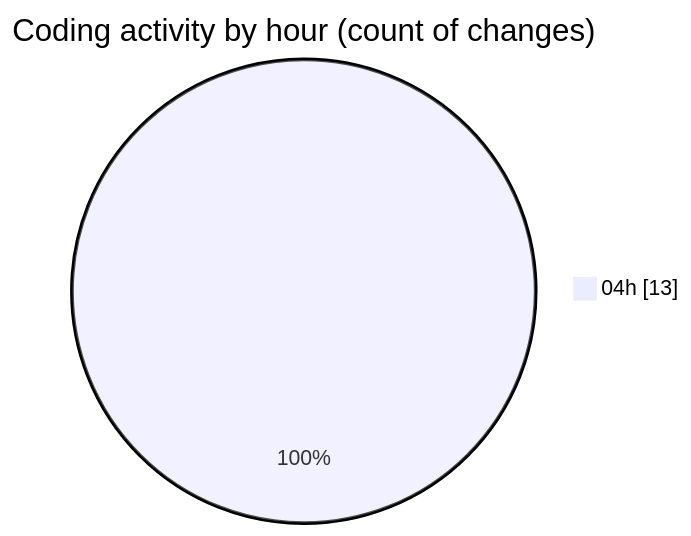
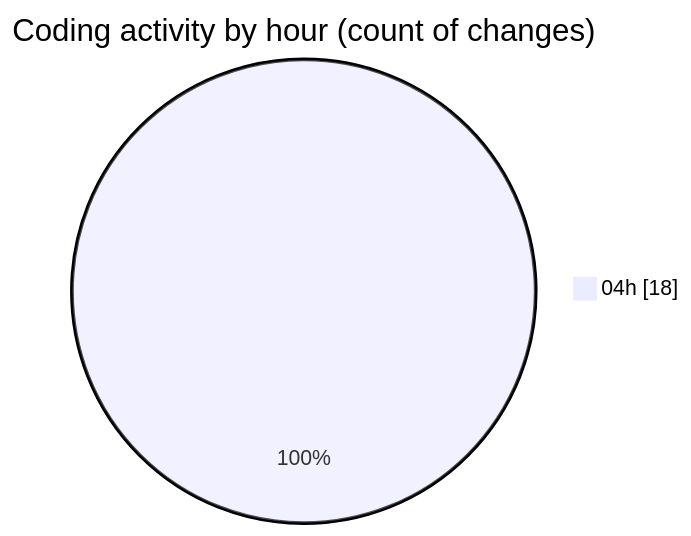
One commit to hasnaa123/code-tracking changed the second of 2 diagrams in 2026-03-08/java_basics/README.md. Above: the diagram before and after it, drawn with Mermaid. The commit also changed other lines of this file and 1 other file, not shown here.

````diff
--- a/2026-03-08/java_basics/README.md
+++ b/2026-03-08/java_basics/README.md
@@ -28,5 +28,5 @@
 ```mermaid
 pie showData
 title Coding activity by hour (count of changes)
-"04h" : 13
+"04h" : 18
 ```
````
